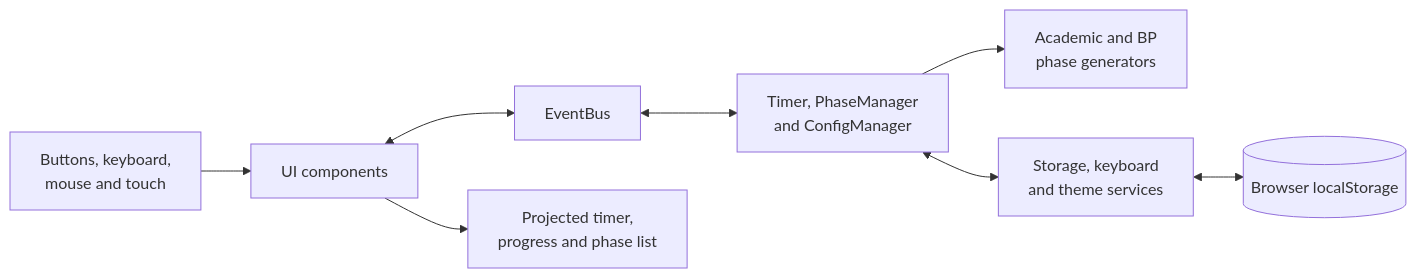
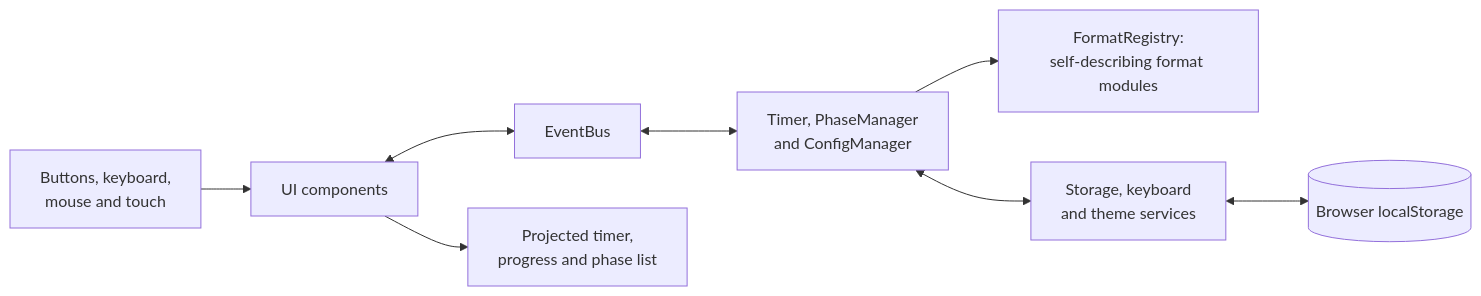
The diagram in README.md (fabgs/cronometro-ada), drawn with Mermaid before and after one commit. The commit also changed other lines of this file and 1 other file, not shown here.

Commit message:
docs: architecture, stack and timer notes reflect the registry and 200 ms sampling

````diff
--- a/README.md
+++ b/README.md
@@ -62,10 +62,10 @@
 ```mermaid
 flowchart LR
   Input[Buttons, keyboard,<br/>mouse and touch] --> Components[UI components]
   Components <--> Bus[EventBus]
   Bus <--> Core[Timer, PhaseManager<br/>and ConfigManager]
-  Core --> Formats[Academic and BP<br/>phase generators]
+  Core --> Formats[FormatRegistry:<br/>self-describing format modules]
   Core <--> Services[Storage, keyboard<br/>and theme services]
   Components --> View[Projected timer,<br/>progress and phase list]
   Services <--> LocalStorage[(Browser localStorage)]
 ```
````
